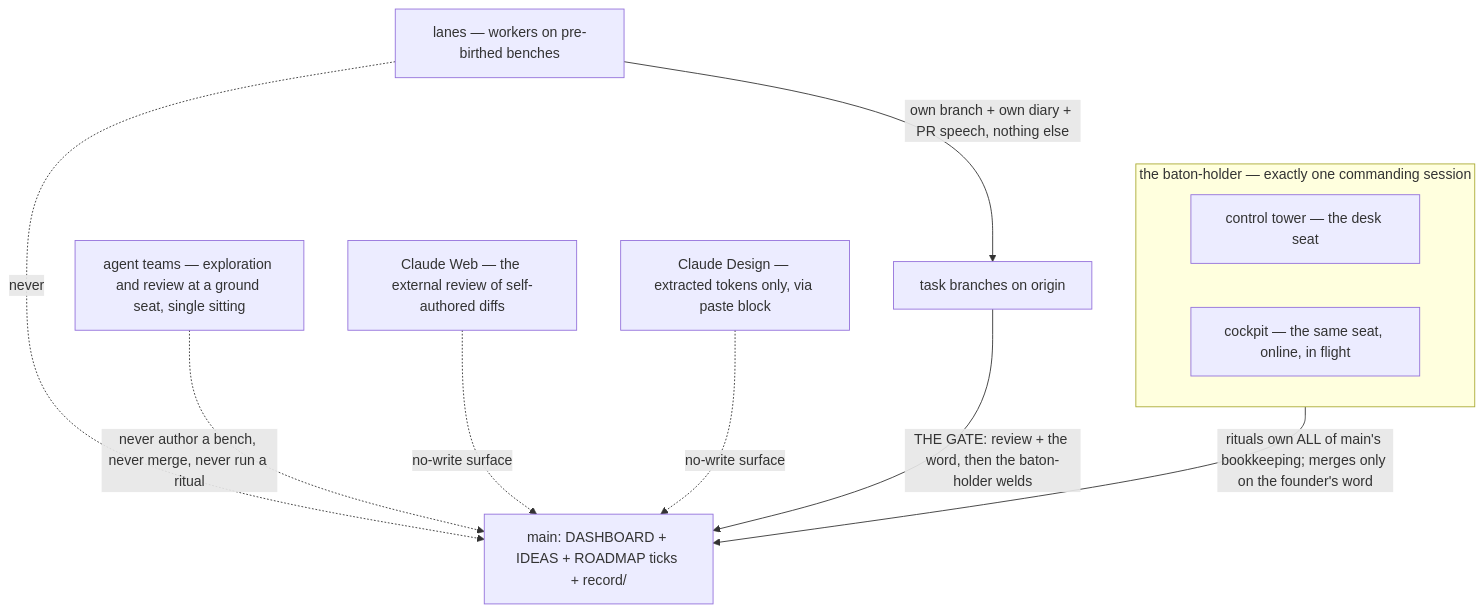
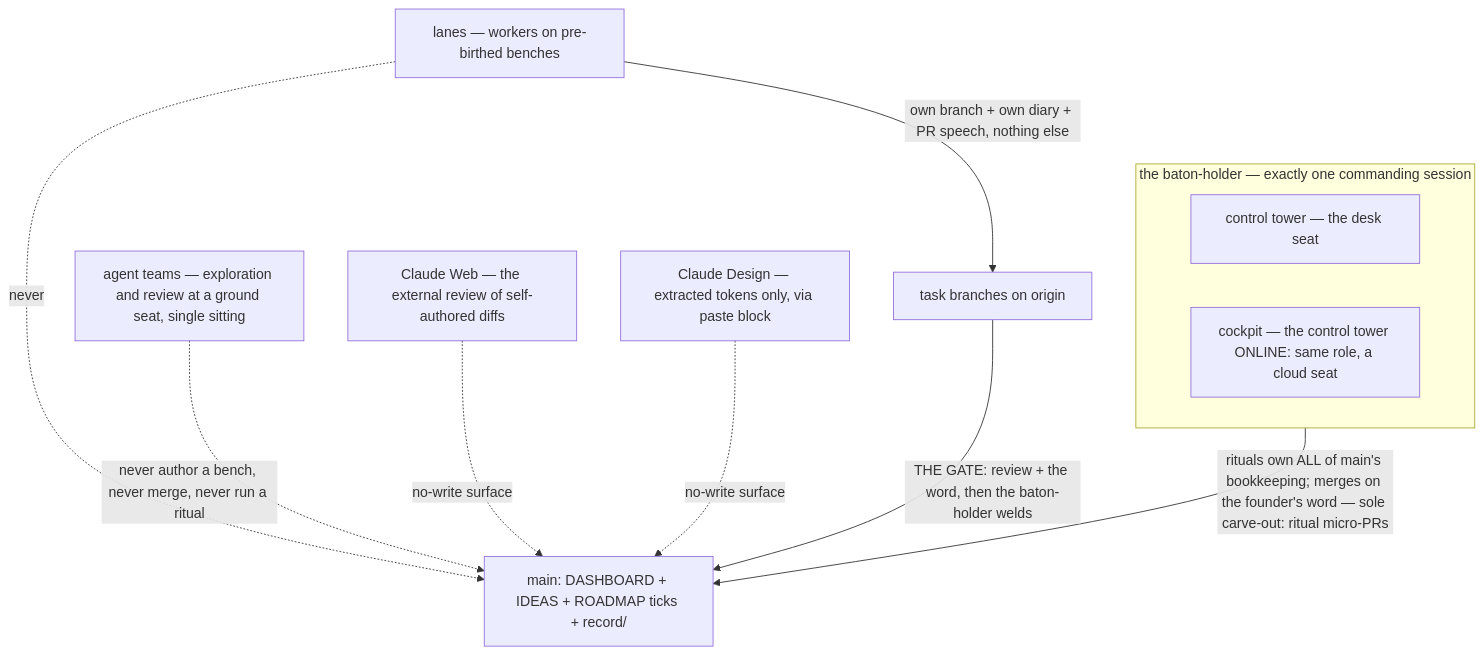
Before and after one commit to wsher0901/roam: the fifth of 6 diagrams in docs/ATLAS.md, drawn with Mermaid. The commit also changed other lines of this file and 2 other files, not shown here.

First line of the commit message:
docs: atlas — critic round (ack-token accuracy, carve-out depicted, wording repairs)

````diff
--- a/docs/ATLAS.md
+++ b/docs/ATLAS.md
@@ -156,14 +156,14 @@
 ```mermaid
 flowchart TD
   subgraph BATON["the baton-holder — exactly one commanding session"]
     T["control tower — the desk seat"]
-    CK["cockpit — the same seat, online, in flight"]
+    CK["cockpit — the control tower ONLINE: same role, a cloud seat"]
   end
-  BATON -->|"rituals own ALL of main's bookkeeping; merges only on the founder's word"| MAIN["main: DASHBOARD + IDEAS + ROADMAP ticks + record/"]
+  BATON -->|"rituals own ALL of main's bookkeeping; merges on the founder's word — sole carve-out: ritual micro-PRs"| MAIN["main: DASHBOARD + IDEAS + ROADMAP ticks + record/"]
   LN["lanes — workers on pre-birthed benches"] -->|"own branch + own diary + PR speech, nothing else"| BR["task branches on origin"]
   LN -.->|never| MAIN
   TM["agent teams — exploration and review at a ground seat, single sitting"] -.->|"never author a bench, never merge, never run a ritual"| MAIN
   W["Claude Web — the external review of self-authored diffs"] -.->|"no-write surface"| MAIN
   DS["Claude Design — extracted tokens only, via paste block"] -.->|"no-write surface"| MAIN
   BR -->|"THE GATE: review + the word, then the baton-holder welds"| MAIN
 ```
````
